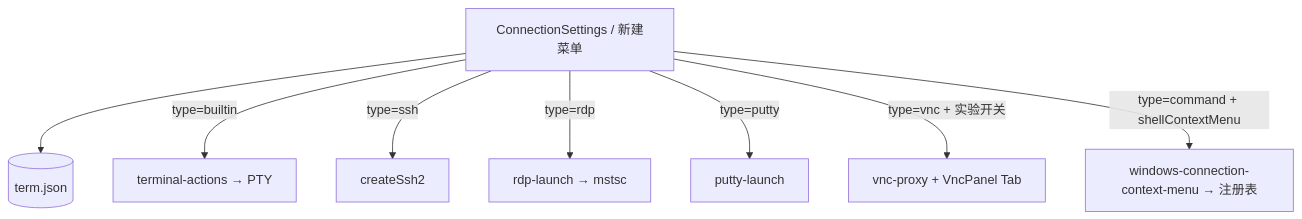
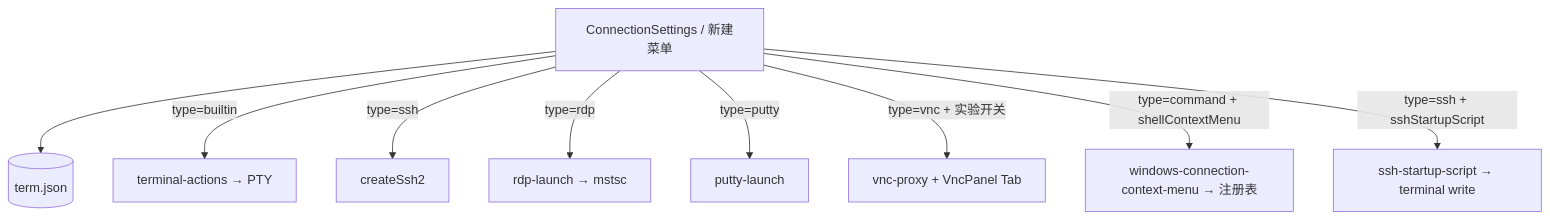
One commit to Landers1037/NioZy changed the first of 4 diagrams in docs/功能连接管理.md. Above: the diagram before and after it, drawn with Mermaid. The commit also changed other lines of this file and 10 other files, not shown here.

First line of the commit message:
feat(connections): add SSH post-connect startup script

````diff
--- a/docs/功能连接管理.md
+++ b/docs/功能连接管理.md
@@ -31,13 +32,14 @@
 ```mermaid
 flowchart TB
   List["ConnectionSettings / 新建菜单"]
   termjson[("term.json")]
   List --> termjson
 
   List -->|type=builtin| Local["terminal-actions → PTY"]
   List -->|type=ssh| SSH["createSsh2"]
   List -->|type=rdp| RDP["rdp-launch → mstsc"]
   List -->|type=putty| PuTTY["putty-launch"]
   List -->|type=vnc + 实验开关| VNC["vnc-proxy + VncPanel Tab"]
   List -->|type=command + shellContextMenu| Reg["windows-connection-context-menu → 注册表"]
+  List -->|type=ssh + sshStartupScript| Script["ssh-startup-script → terminal write"]
 ```
````
